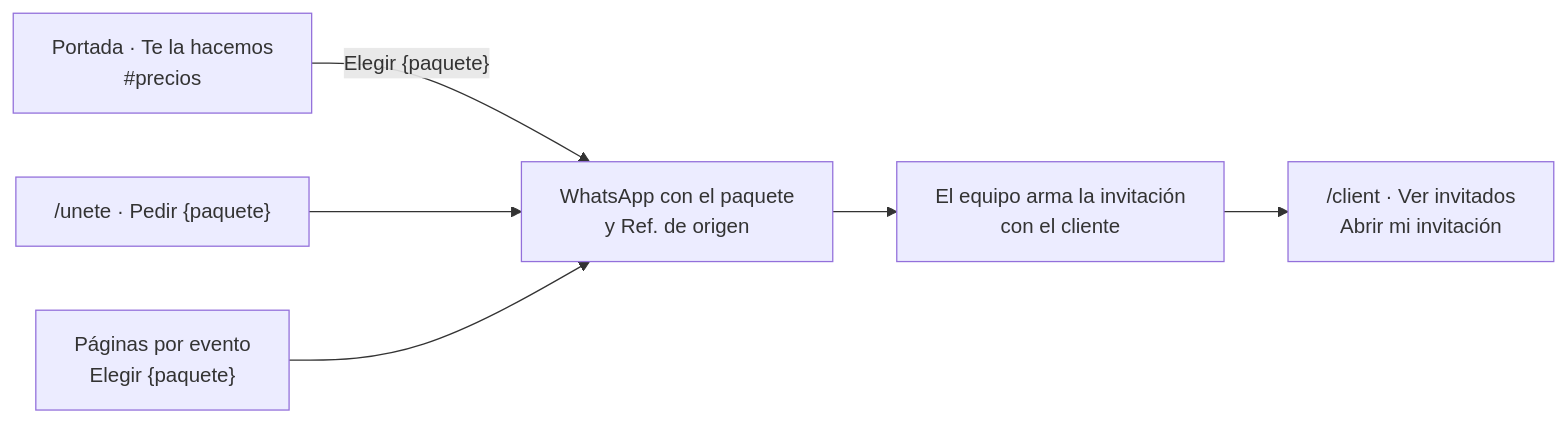
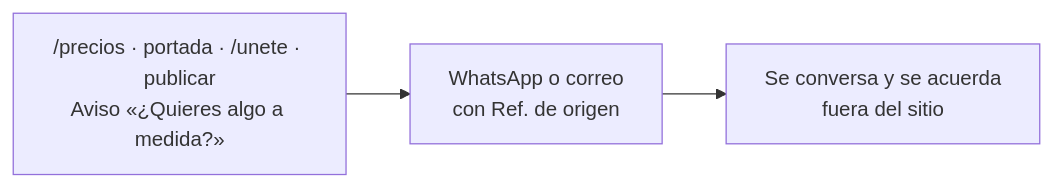
Before and after one commit to ccdana/Bida-Events: the sixth of 6 diagrams in docs/flujo-navegacion.md, drawn with Mermaid. The commit also changed other lines of this file and 49 other files, not shown here.

````diff
--- a/docs/flujo-navegacion.md
+++ b/docs/flujo-navegacion.md
@@ -119,8 +119,5 @@
 ```mermaid
 flowchart LR
-  H["Portada · Te la hacemos<br/>#precios"] -->|"Elegir {paquete}"| WA["WhatsApp con el paquete<br/>y Ref. de origen"]
-  HZ["/unete · Pedir {paquete}"] --> WA
-  LD["Páginas por evento<br/>Elegir {paquete}"] --> WA
-  WA --> EQ["El equipo arma la invitación<br/>con el cliente"]
-  EQ --> CP["/client · Ver invitados<br/>Abrir mi invitación"]
+  P["/precios · portada · /unete · publicar<br/>Aviso «¿Quieres algo a medida?»"] --> WA["WhatsApp o correo<br/>con Ref. de origen"]
+  WA --> EQ["Se conversa y se acuerda<br/>fuera del sitio"]
 ```
````
